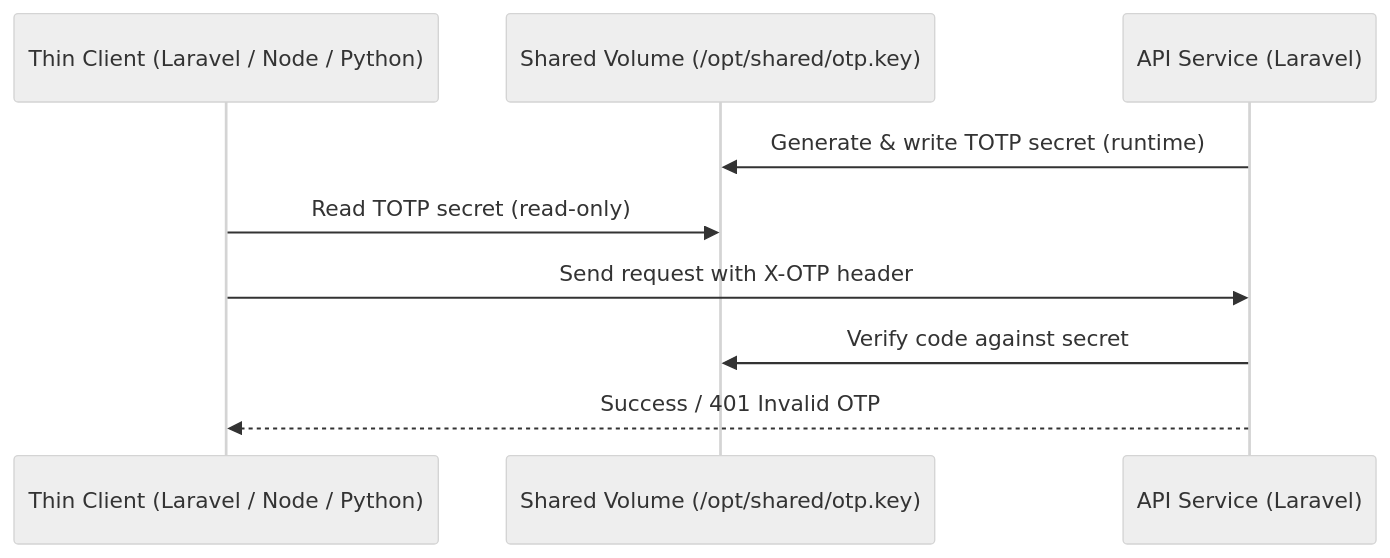
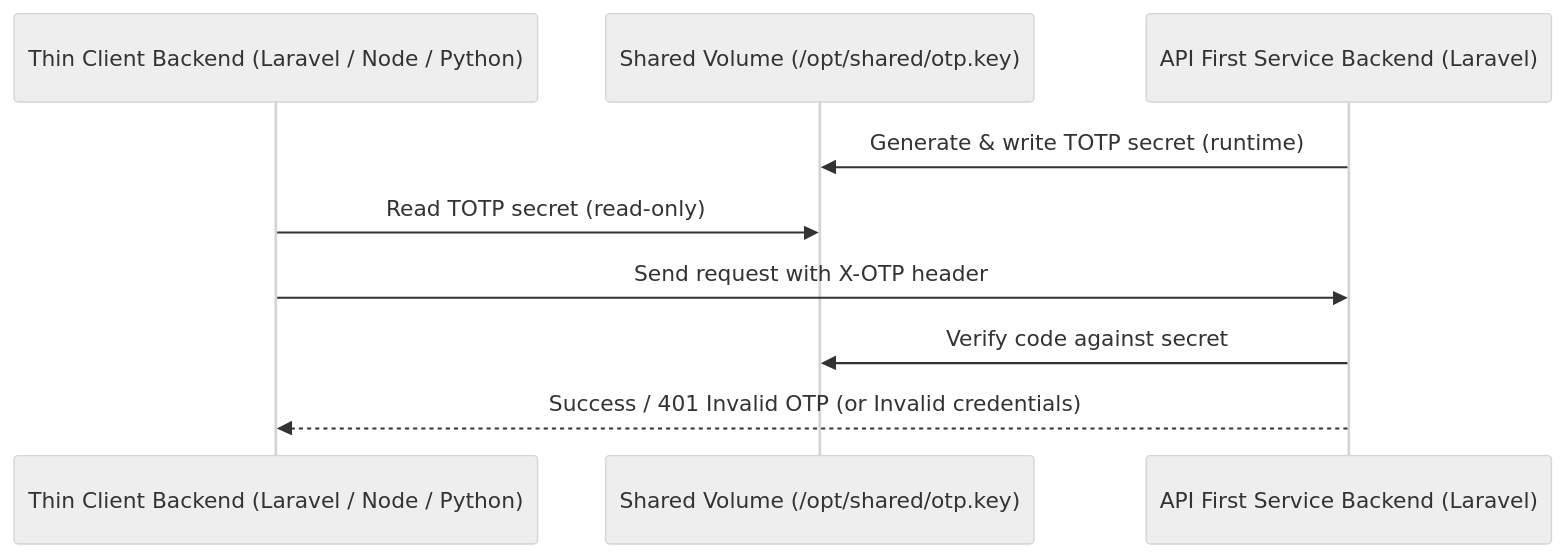
One commit to denware/laravel-api-first-totp-handshake changed the diagram in README.md. Above: the diagram before and after it, drawn with Mermaid (neutral theme). The commit also changed other lines of this file, not shown here.

Commit message:
Update README.md
Clarification

````diff
--- a/README.md
+++ b/README.md
@@ -14,11 +14,11 @@
 ```mermaid
 sequenceDiagram
-    participant FE as Thin Client (Laravel / Node / Python)
+    participant FE as Thin Client Backend (Laravel / Node / Python)
     participant Shared as Shared Volume (/opt/shared/otp.key)
-    participant API as API Service (Laravel)
+    participant API as API First Service Backend (Laravel)
     API->>Shared: Generate & write TOTP secret (runtime)
     FE->>Shared: Read TOTP secret (read-only)
     FE->>API: Send request with X-OTP header
     API->>Shared: Verify code against secret
-    API-->>FE: Success / 401 Invalid OTP
+    API-->>FE: Success / 401 Invalid OTP (or Invalid credentials)
 ```
````
